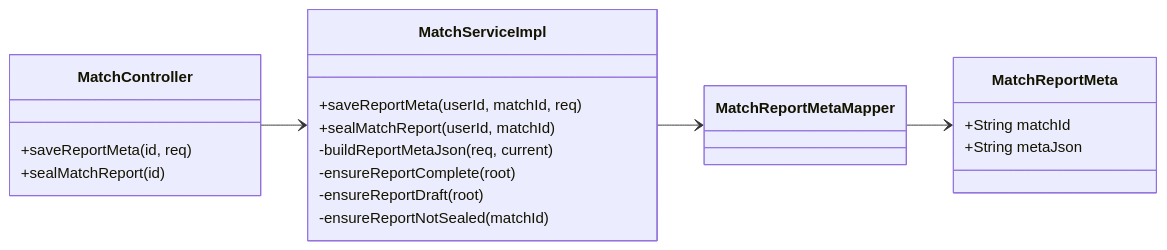
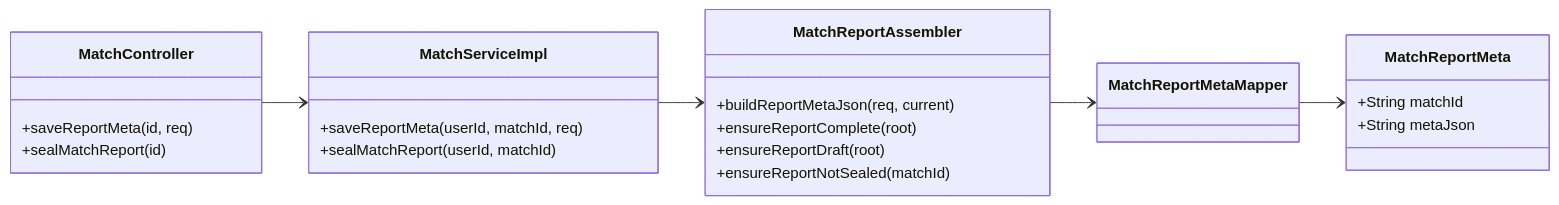
The ninth of 9 diagrams in docs/类图.md (lijingyuu/Scoring), drawn with Mermaid before and after one commit. The commit also changed other lines of this file and 7 other files, not shown here.

````diff
--- a/docs/类图.md
+++ b/docs/类图.md
@@ -749,29 +797,33 @@
 ```mermaid
 classDiagram
 direction LR
 
 class MatchController {
   +saveReportMeta(id, req)
   +sealMatchReport(id)
 }
 
 class MatchServiceImpl {
   +saveReportMeta(userId, matchId, req)
   +sealMatchReport(userId, matchId)
-  -buildReportMetaJson(req, current)
-  -ensureReportComplete(root)
-  -ensureReportDraft(root)
-  -ensureReportNotSealed(matchId)
+}
+
+class MatchReportAssembler {
+  +buildReportMetaJson(req, current)
+  +ensureReportComplete(root)
+  +ensureReportDraft(root)
+  +ensureReportNotSealed(matchId)
 }
 
 class MatchReportMeta {
   +String matchId
   +String metaJson
 }
 
 class MatchReportMetaMapper
 
 MatchController --> MatchServiceImpl
-MatchServiceImpl --> MatchReportMetaMapper
+MatchServiceImpl --> MatchReportAssembler
+MatchReportAssembler --> MatchReportMetaMapper
 MatchReportMetaMapper --> MatchReportMeta
 ```
````
